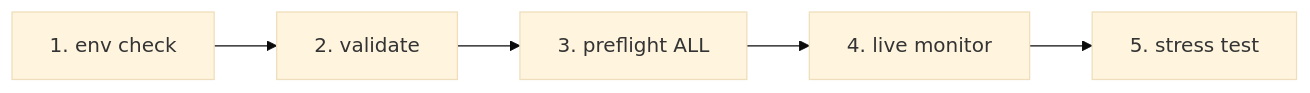
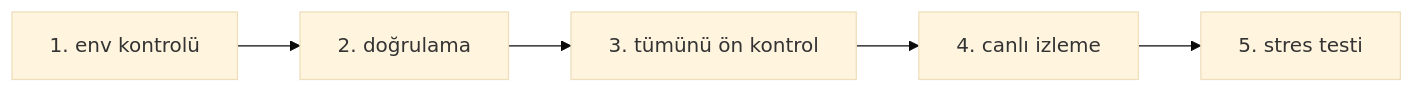
Before and after one commit to IrsanAI/TPM-Agent: the diagram in docs/i18n/README.tr.md, drawn with Mermaid (base theme). The commit also changed other lines of this file and 11 other files, not shown here.

````diff
--- a/docs/i18n/README.tr.md
+++ b/docs/i18n/README.tr.md
@@ -31,7 +31,7 @@
 ```mermaid
 flowchart LR
-  A[1. env check] --> B[2. validate]
-  B --> C[3. preflight ALL]
-  C --> D[4. live monitor]
-  D --> E[5. stress test]
+  A[1. env kontrolü] --> B[2. doğrulama]
+  B --> C[3. tümünü ön kontrol]
+  C --> D[4. canlı izleme]
+  D --> E[5. stres testi]
 ```
````
